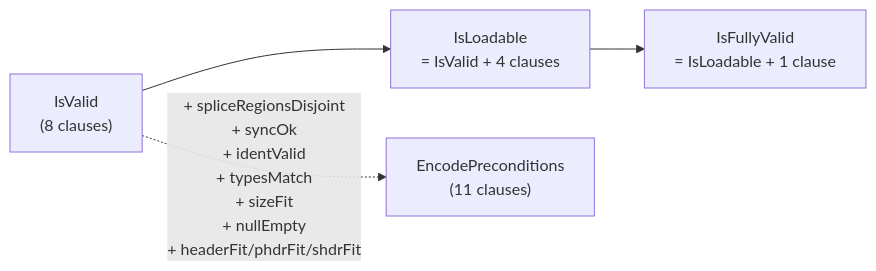
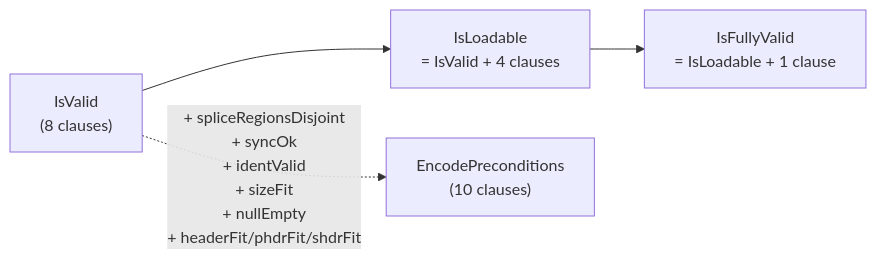
The second of 5 diagrams in lean/ARCHITECTURE.md (ConnorBaker/patchelf), drawn with Mermaid before and after one commit. The commit also changed other lines of this file and 7 other files, not shown here.

````diff
--- a/lean/ARCHITECTURE.md
+++ b/lean/ARCHITECTURE.md
@@ -109,9 +109,9 @@
 ```mermaid
 flowchart LR
   IV["IsValid<br/>(8 clauses)"]
   IL["IsLoadable<br/>= IsValid + 4 clauses"]
   IFV["IsFullyValid<br/>= IsLoadable + 1 clause"]
-  EP["EncodePreconditions<br/>(11 clauses)"]
+  EP["EncodePreconditions<br/>(10 clauses)"]
   IV --> IL --> IFV
-  IV -. "+ spliceRegionsDisjoint<br/>+ syncOk<br/>+ identValid<br/>+ typesMatch<br/>+ sizeFit<br/>+ nullEmpty<br/>+ headerFit/phdrFit/shdrFit" .-> EP
+  IV -. "+ spliceRegionsDisjoint<br/>+ syncOk<br/>+ identValid<br/>+ sizeFit<br/>+ nullEmpty<br/>+ headerFit/phdrFit/shdrFit" .-> EP
 ```
````
